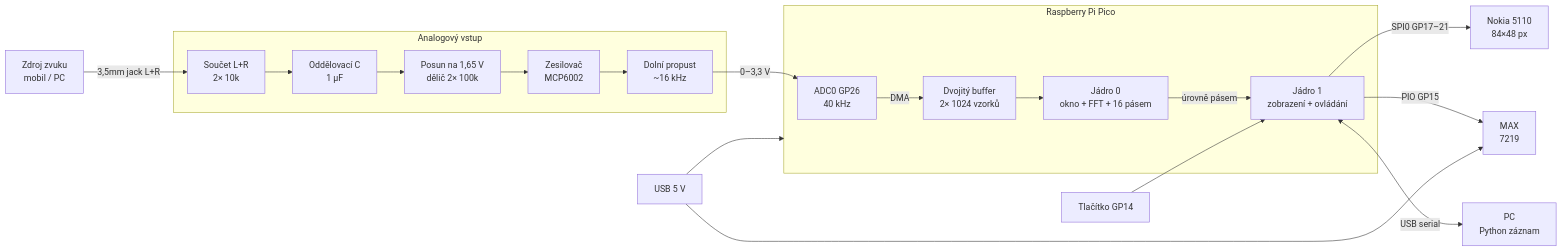
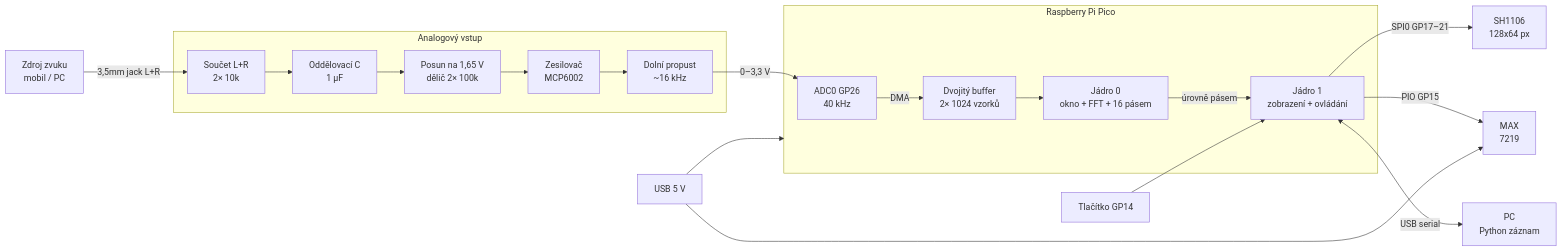
Before and after one commit to Rauf16/de2-audio-spectrum: the diagram in README.md, drawn with Mermaid. The commit also changed other lines of this file, not shown here.

````diff
--- a/README.md
+++ b/README.md
@@ -20,19 +20,19 @@
 ```mermaid
 flowchart LR
   SRC[Zdroj zvuku<br/>mobil / PC] -->|3,5mm jack L+R| MIX
   subgraph AFE[Analogový vstup]
     MIX[Součet L+R<br/>2× 10k] --> CAP[Oddělovací C<br/>1 µF] --> BIAS[Posun na 1,65 V<br/>dělič 2× 100k] --> AMP[Zesilovač<br/>MCP6002] --> LPF[Dolní propust<br/>~16 kHz]
   end
   LPF -->|0–3,3 V| ADC
   subgraph PICO[Raspberry Pi Pico]
     ADC[ADC0 GP26<br/>40 kHz] -->|DMA| BUF[Dvojitý buffer<br/>2× 1024 vzorků]
     BUF --> C0[Jádro 0<br/>okno + FFT + 16 pásem]
     C0 -->|úrovně pásem| C1[Jádro 1<br/>zobrazení + ovládání]
   end
-  C1 -->|SPI0 GP17–21| LCD[Nokia 5110<br/>84×48 px]
+  C1 -->|SPI0 GP17–21| LCD[SH1106<br/>128x64 px]
   C1 -->|PIO GP15| LED[MAX<br/>7219]
   BTN[Tlačítko GP14] --> C1
   C1 <-->|USB serial| PC[PC<br/>Python záznam]
   PWR[USB 5 V] --> PICO
   PWR --> LED
 ```
````
